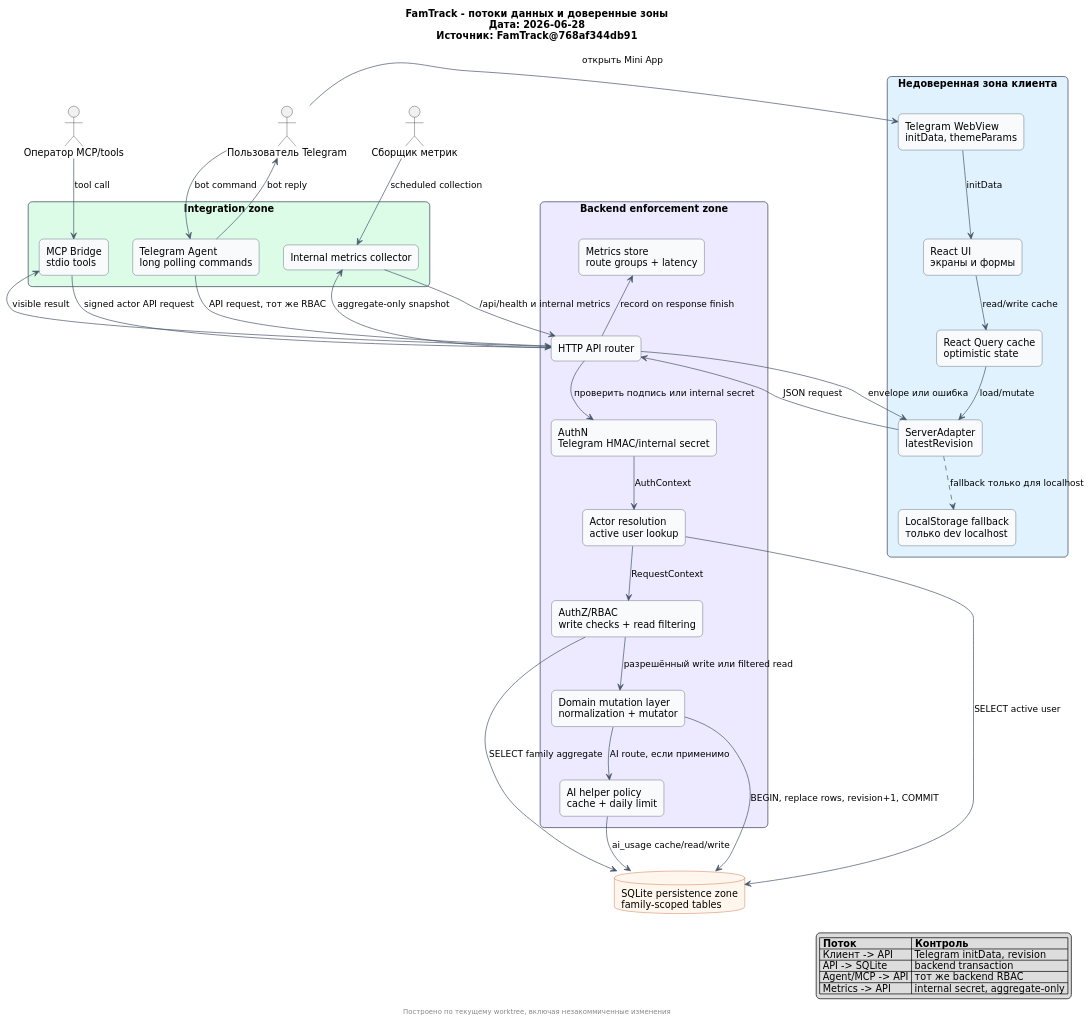
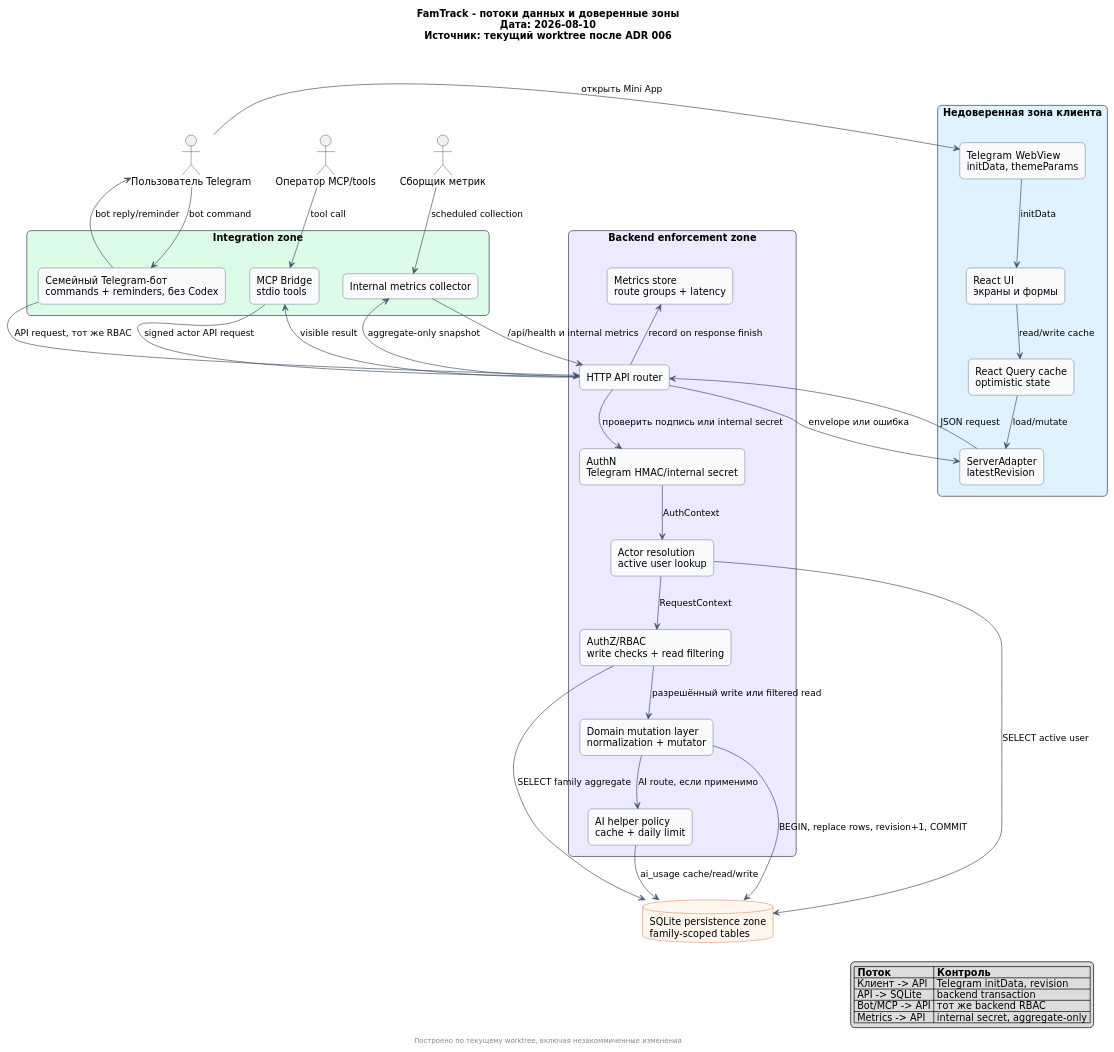
One commit to NaqpaniA/FamTrack changed the diagram in docs/architecture/diagrams/data-flows.puml. Above: the diagram before and after it, drawn with PlantUML. The commit also changed other lines of this file and 44 other files, not shown here.

```diff
--- a/docs/architecture/diagrams/data-flows.puml
+++ b/docs/architecture/diagrams/data-flows.puml
@@ -1,91 +1,89 @@
 @startuml
 title
 FamTrack - потоки данных и доверенные зоны
-Дата: 2026-06-28
-Источник: FamTrack@768af344db91
+Дата: 2026-08-10
+Источник: текущий worktree после ADR 006
 end title
 footer Построено по текущему worktree, включая незакоммиченные изменения
 
 skinparam shadowing false
 skinparam roundcorner 12
 skinparam defaultFontName "DejaVu Sans"
 skinparam ArrowColor #475569
 skinparam rectangle {
   BackgroundColor #F8FAFC
   BorderColor #334155
 }
 skinparam database {
   BackgroundColor #FFF7ED
   BorderColor #C2410C
 }
 
 actor "Пользователь Telegram" as User
 actor "Оператор MCP/tools" as ToolUser
 actor "Сборщик метрик" as MetricsUser
 
 rectangle "Недоверенная зона клиента" as ClientZone #E0F2FE {
   rectangle "Telegram WebView\ninitData, themeParams" as WebView
   rectangle "React UI\nэкраны и формы" as ReactUi
   rectangle "React Query cache\noptimistic state" as QueryCache
   rectangle "ServerAdapter\nlatestRevision" as ServerAdapter
-  rectangle "LocalStorage fallback\nтолько dev localhost" as LocalFallback
 }
 
 rectangle "Backend enforcement zone" as BackendZone #EDE9FE {
   rectangle "HTTP API router" as HttpApi
   rectangle "AuthN\nTelegram HMAC/internal secret" as Authn
   rectangle "Actor resolution\nactive user lookup" as ActorResolution
   rectangle "AuthZ/RBAC\nwrite checks + read filtering" as Authz
   rectangle "Domain mutation layer\nnormalization + mutator" as DomainLayer
   rectangle "AI helper policy\ncache + daily limit" as AiPolicy
   rectangle "Metrics store\nroute groups + latency" as MetricsStore
 }
 
 database "SQLite persistence zone\nfamily-scoped tables" as SQLite
 
 rectangle "Integration zone" as IntegrationZone #DCFCE7 {
-  rectangle "Telegram Agent\nlong polling commands" as Agent
+  rectangle "Семейный Telegram-бот\ncommands + reminders, без Codex" as FamilyBot
   rectangle "MCP Bridge\nstdio tools" as Mcp
   rectangle "Internal metrics collector" as Collector
 }
 
 User --> WebView : открыть Mini App
 WebView --> ReactUi : initData
 ReactUi --> QueryCache : read/write cache
 QueryCache --> ServerAdapter : load/mutate
 ServerAdapter --> HttpApi : JSON request
-ServerAdapter ..> LocalFallback : fallback только для localhost
 
 HttpApi --> Authn : проверить подпись или internal secret
 Authn --> ActorResolution : AuthContext
 ActorResolution --> SQLite : SELECT active user
 ActorResolution --> Authz : RequestContext
 Authz --> SQLite : SELECT family aggregate
 Authz --> DomainLayer : разрешённый write или filtered read
 DomainLayer --> SQLite : BEGIN, replace rows, revision+1, COMMIT
 DomainLayer --> AiPolicy : AI route, если применимо
 AiPolicy --> SQLite : ai_usage cache/read/write
 MetricsStore <-- HttpApi : record on response finish
 HttpApi --> ServerAdapter : envelope или ошибка
 
-User --> Agent : bot command
-Agent --> HttpApi : API request, тот же RBAC
-Agent --> User : bot reply
+User --> FamilyBot : bot command
+FamilyBot --> HttpApi : API request, тот же RBAC
+FamilyBot --> User : bot reply/reminder
 
 ToolUser --> Mcp : tool call
 Mcp --> HttpApi : signed actor API request
 HttpApi --> Mcp : visible result
 
 MetricsUser --> Collector : scheduled collection
 Collector --> HttpApi : /api/health и internal metrics
 HttpApi --> Collector : aggregate-only snapshot
 
 legend right
   |= Поток |= Контроль |
   | Клиент -> API | Telegram initData, revision |
   | API -> SQLite | backend transaction |
-  | Agent/MCP -> API | тот же backend RBAC |
+  | Bot/MCP -> API | тот же backend RBAC |
   | Metrics -> API | internal secret, aggregate-only |
 endlegend
 
 @enduml
```
